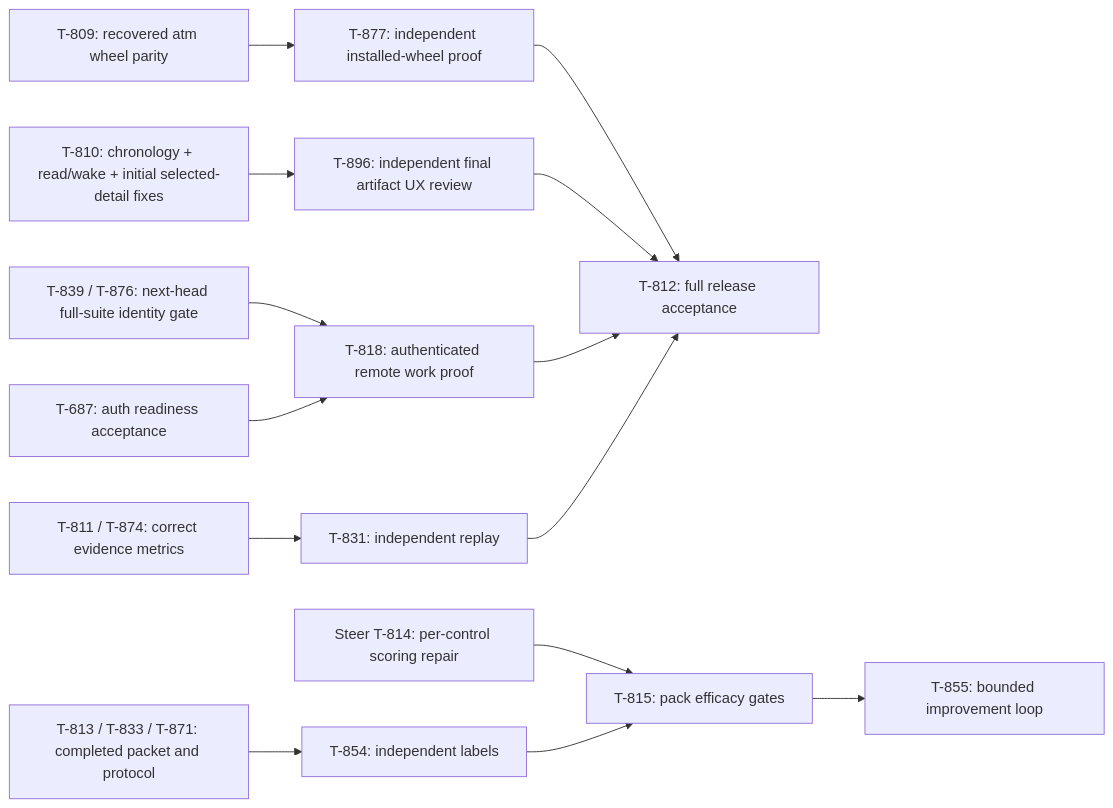
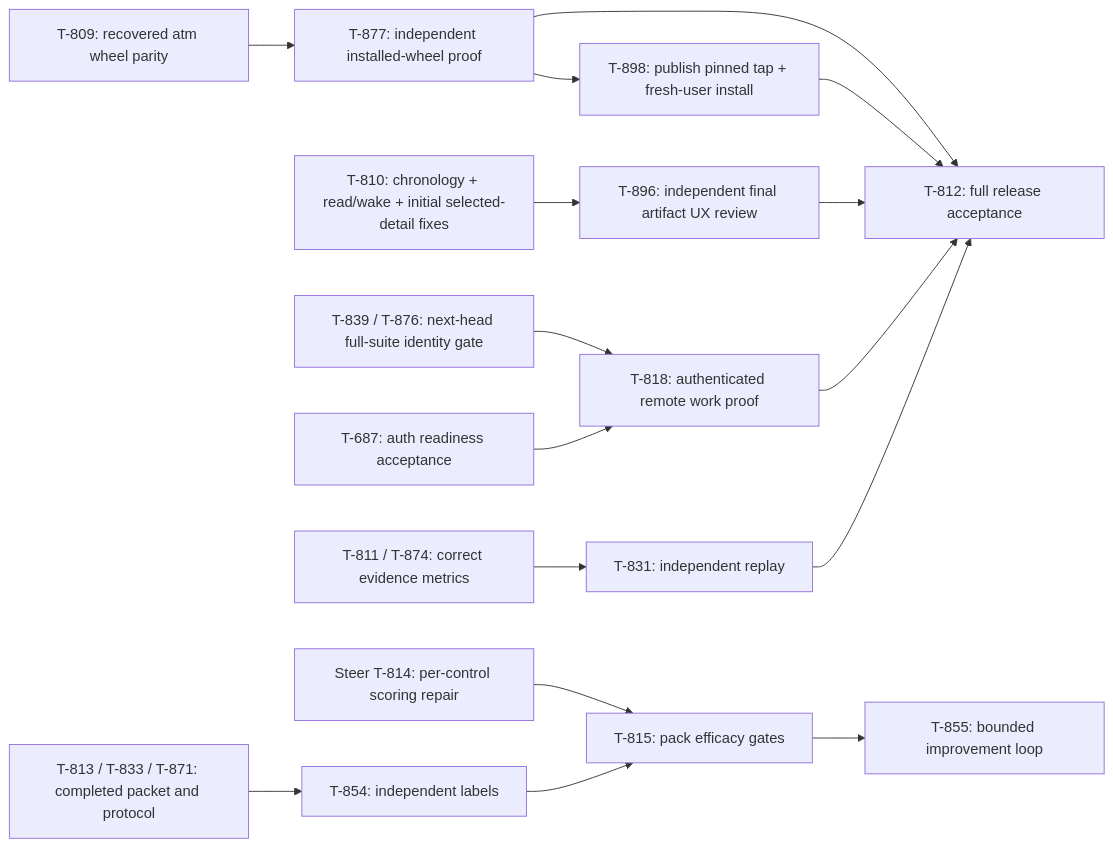
Before and after one commit to advitiyavashist/atman: the diagram in docs/handoffs/t897-interim-ceo.md, drawn with Mermaid. The commit also changed other lines of this file, not shown here.

````diff
--- a/docs/handoffs/t897-interim-ceo.md
+++ b/docs/handoffs/t897-interim-ceo.md
@@ -29,16 +29,18 @@
 ```mermaid
 flowchart LR
   AppFix["T-810: chronology + read/wake + initial selected-detail fixes"] --> AppReview["T-896: independent final artifact UX review"]
   Cli["T-809: recovered atm wheel parity"] --> CliReview["T-877: independent installed-wheel proof"]
   CliReview --> AppRelease["T-812: full release acceptance"]
+  CliReview --> Brew["T-898: publish pinned tap + fresh-user install"]
+  Brew --> AppRelease
   AppReview --> AppRelease
   Identity["T-839 / T-876: next-head full-suite identity gate"] --> Remote["T-818: authenticated remote work proof"]
   Remote --> AppRelease
   Auth["T-687: auth readiness acceptance"] --> Remote
   Metrics["T-811 / T-874: correct evidence metrics"] --> Scorecard["T-831: independent replay"]
   Scorecard --> AppRelease
   Protocol["T-813 / T-833 / T-871: completed packet and protocol"] --> Labels["T-854: independent labels"]
   Corpus["Steer T-814: per-control scoring repair"] --> Efficacy
   Labels --> Efficacy["T-815: pack efficacy gates"]
   Efficacy --> Improve["T-855: bounded improvement loop"]
 ```
````
